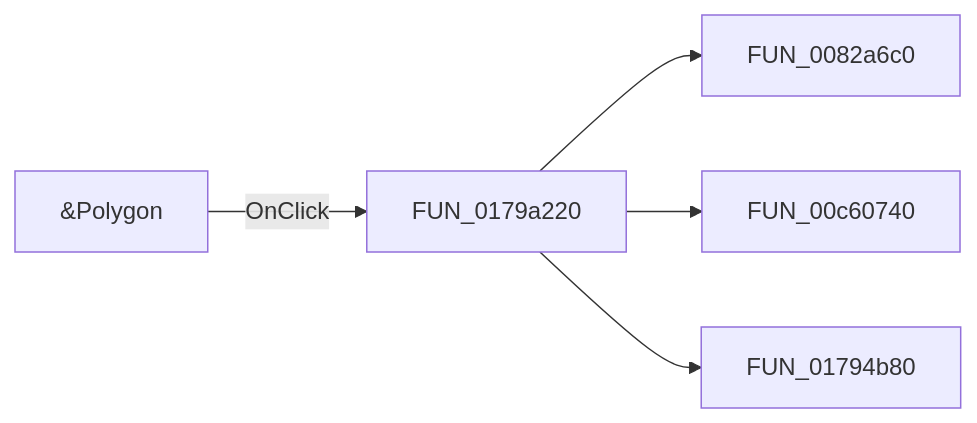
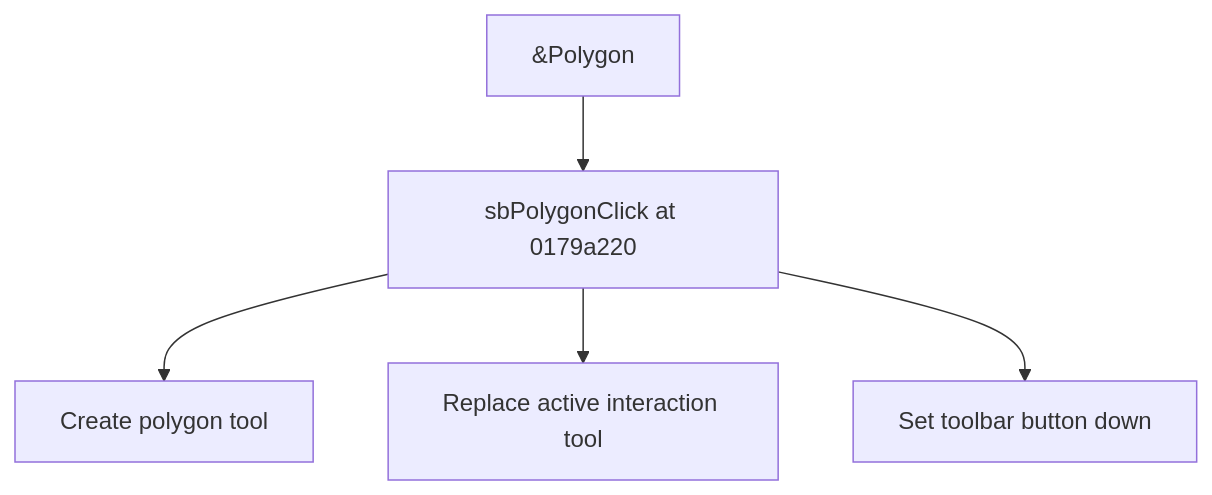
Before and after one commit to MovGP0/TIARA: the diagram in docs/ui-controls/shapeedit/mnupolygon-197654c3ba.md, drawn with Mermaid. The commit also changed other lines of this file and 1062 other files, not shown here.

````diff
--- a/docs/ui-controls/shapeedit/mnupolygon-197654c3ba.md
+++ b/docs/ui-controls/shapeedit/mnupolygon-197654c3ba.md
@@ -27,7 +27,7 @@
 ```mermaid
-flowchart LR
-    control["&Polygon"] -->|OnClick| handler["FUN_0179a220"]
-    handler --> call1["FUN_0082a6c0"]
-    handler --> call2["FUN_00c60740"]
-    handler --> call3["FUN_01794b80"]
+flowchart TD
+    control["&Polygon"] --> handler["sbPolygonClick at 0179a220"]
+    handler --> step1["Create polygon tool"]
+    handler --> step2["Replace active interaction tool"]
+    handler --> step3["Set toolbar button down"]
 ```
````
